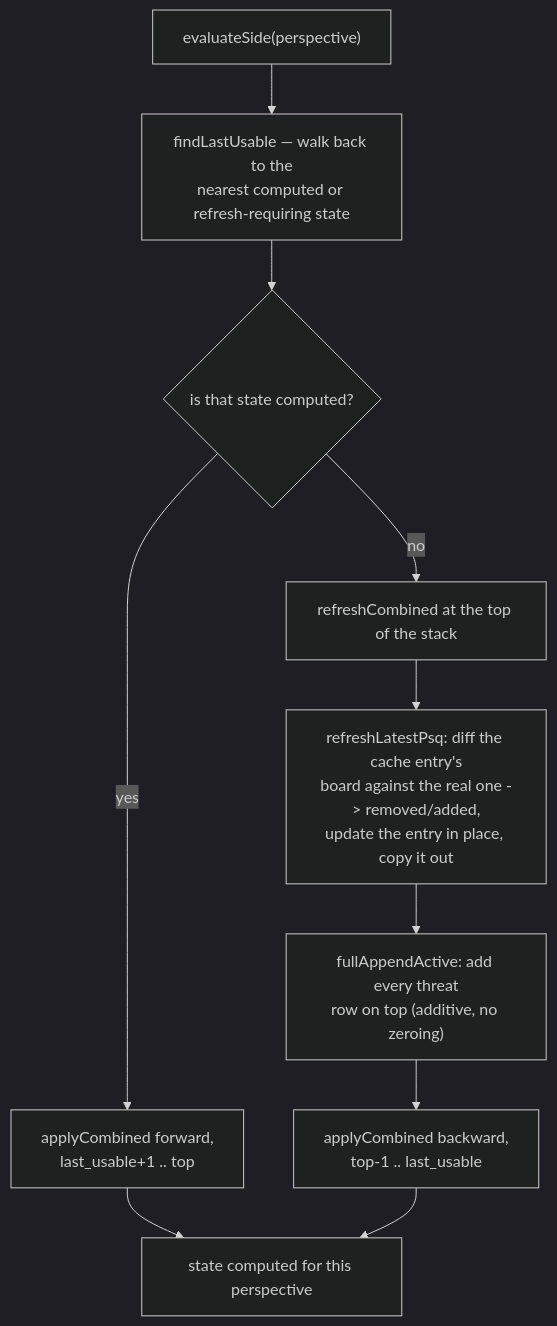
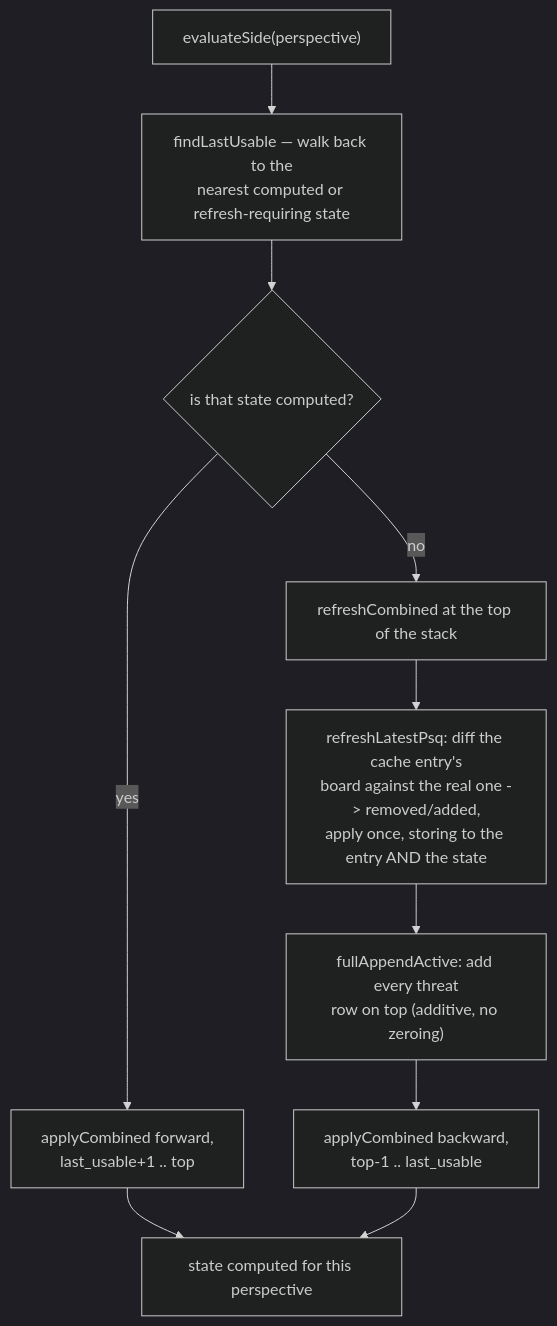
One commit to ppigazzini/zfish changed the diagram in docs/03-engine-eval.md. Above: the diagram before and after it, drawn with Mermaid (dark theme). The commit also changed other lines of this file and 2 other files, not shown here.

````diff
--- a/docs/03-engine-eval.md
+++ b/docs/03-engine-eval.md
@@ -146,12 +146,12 @@
 ```mermaid
 flowchart TD
     A["evaluateSide(perspective)"] --> B["findLastUsable — walk back to the<br/>nearest computed or refresh-requiring state"]
     B --> C{"is that state computed?"}
     C -->|yes| D["applyCombined forward,<br/>last_usable+1 .. top"]
     C -->|no| E["refreshCombined at the top of the stack"]
-    E --> E1["refreshLatestPsq: diff the cache entry's<br/>board against the real one -> removed/added,<br/>update the entry in place, copy it out"]
+    E --> E1["refreshLatestPsq: diff the cache entry's<br/>board against the real one -> removed/added,<br/>apply once, storing to the entry AND the state"]
     E1 --> E2["fullAppendActive: add every threat<br/>row on top (additive, no zeroing)"]
     E2 --> F["applyCombined backward,<br/>top-1 .. last_usable"]
     D --> G["state computed for this perspective"]
     F --> G
 ```
````
